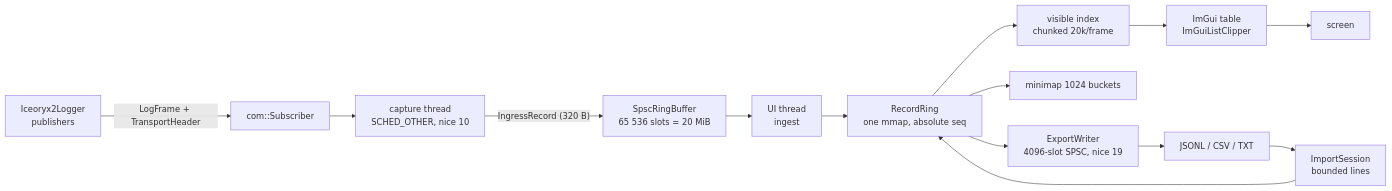
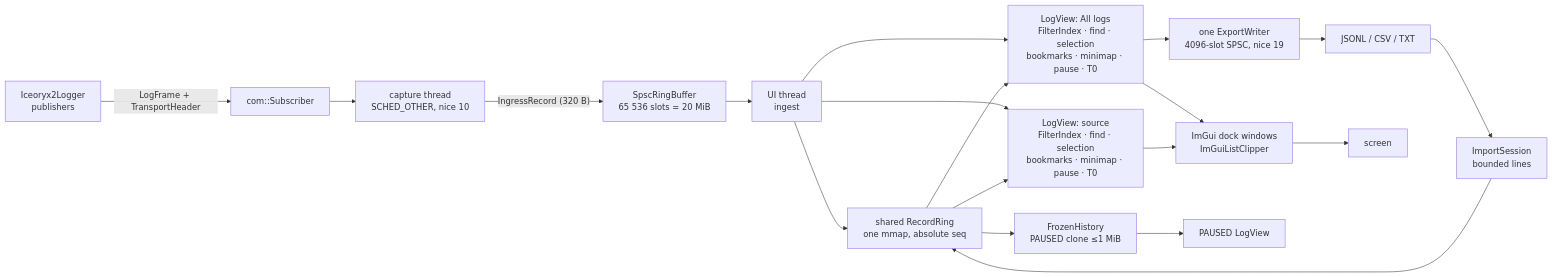
One commit to nexigen-tech/nexigen-cpp changed the ninth of 15 diagrams in docs/architecture.md. Above: the diagram before and after it, drawn with Mermaid. The commit also changed other lines of this file and 40 other files, not shown here.

````diff
--- a/docs/architecture.md
+++ b/docs/architecture.md
@@ -985,16 +985,21 @@
 ```mermaid
 flowchart LR
     P["Iceoryx2Logger<br/>publishers"] -->|"LogFrame + TransportHeader"| S["com::Subscriber"]
     S --> RX["capture thread<br/>SCHED_OTHER, nice 10"]
     RX -->|"IngressRecord (320 B)"| Q["SpscRingBuffer<br/>65 536 slots = 20 MiB"]
     Q --> UI["UI thread<br/>ingest"]
-    UI --> R["RecordRing<br/>one mmap, absolute seq"]
-    R --> F["visible index<br/>chunked 20k/frame"]
-    R --> MM["minimap 1024 buckets"]
-    R --> E["ExportWriter<br/>4096-slot SPSC, nice 19"]
-    F --> IM["ImGui table<br/>ImGuiListClipper"]
-    IM --> V["screen"]
+    UI --> R["shared RecordRing<br/>one mmap, absolute seq"]
+    UI --> V1["LogView: All logs<br/>FilterIndex · find · selection<br/>bookmarks · minimap · pause · T0"]
+    UI --> V2["LogView: source<br/>FilterIndex · find · selection<br/>bookmarks · minimap · pause · T0"]
+    R --> V1
+    R --> V2
+    V1 --> IM["ImGui dock windows<br/>ImGuiListClipper"]
+    V2 --> IM
+    V1 --> E["one ExportWriter<br/>4096-slot SPSC, nice 19"]
+    R --> SNAP["FrozenHistory<br/>PAUSED clone ≤1 MiB"]
+    SNAP --> V3["PAUSED LogView"]
     E --> FILE["JSONL / CSV / TXT"]
     FILE --> IMP["ImportSession<br/>bounded lines"]
     IMP --> R
+    IM --> SCREEN["screen"]
 ```
````
